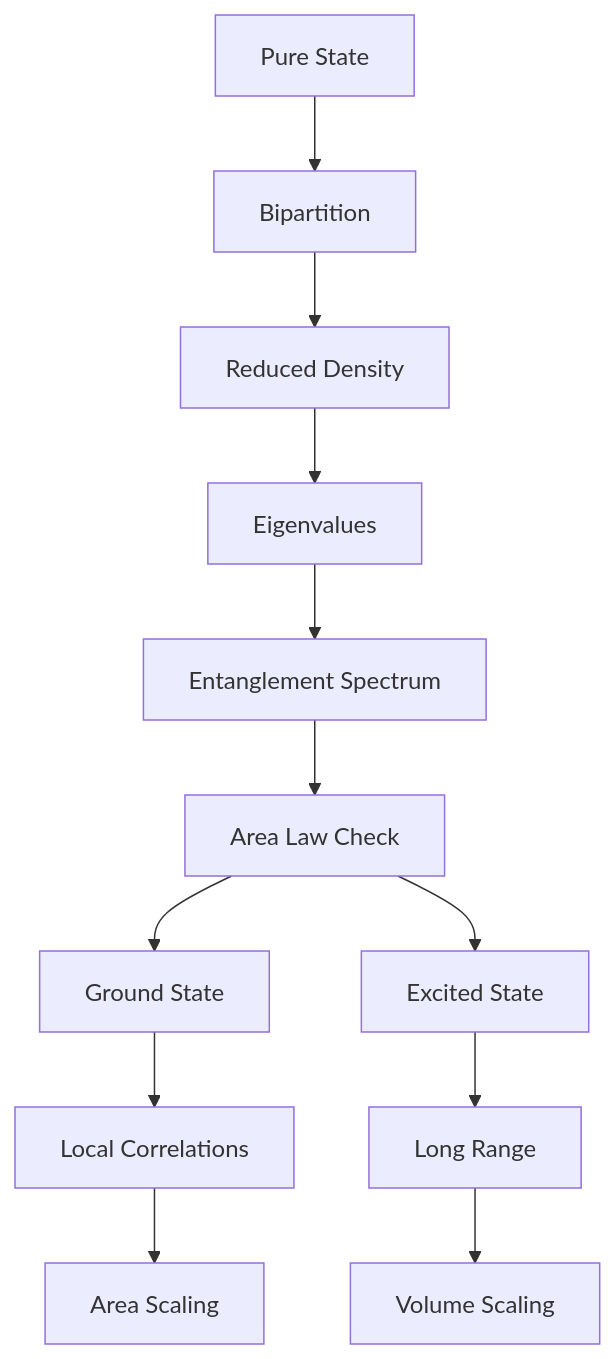
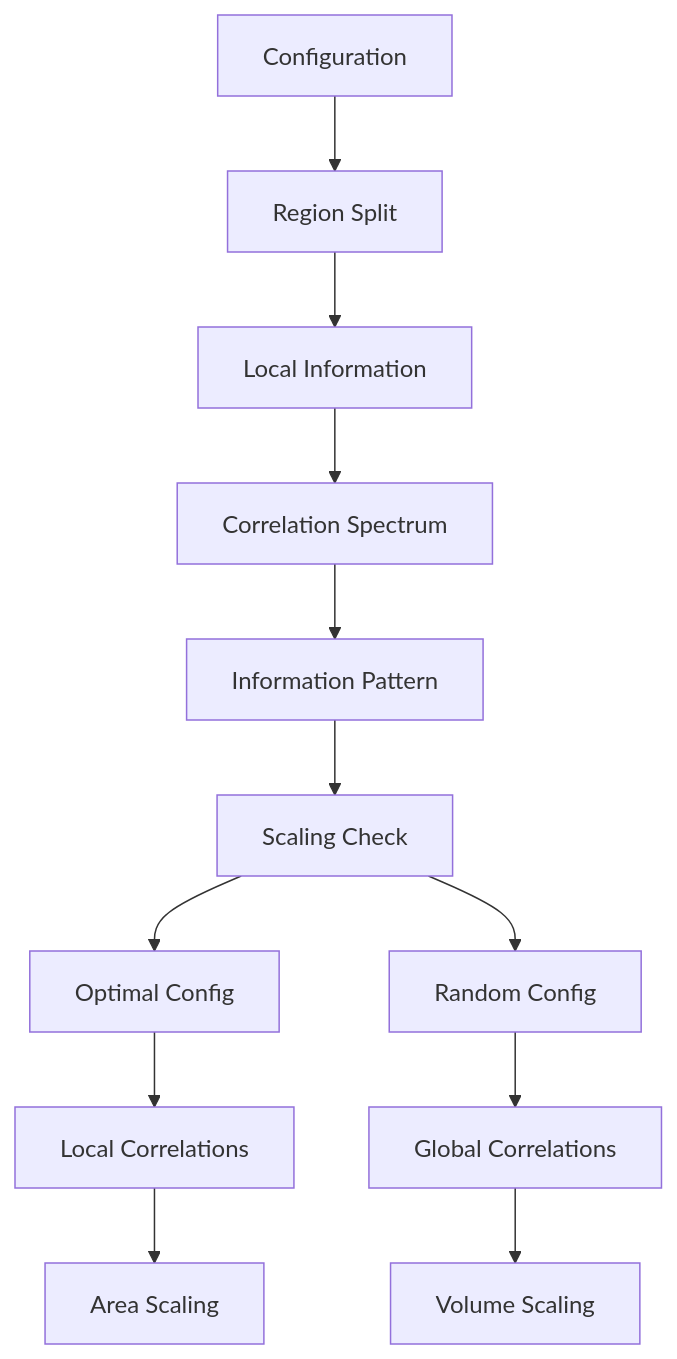
One commit to loning/the-phys changed the first of 2 diagrams in docs/psi-structum/book-1-collapse-ontology/part-04-quantum-gravity/chapter-054-entanglement-entropy-area.md. Above: the diagram before and after it, drawn with Mermaid. The commit also changed other lines of this file and 11 other files, not shown here.

````diff
--- a/docs/psi-structum/book-1-collapse-ontology/part-04-quantum-gravity/chapter-054-entanglement-entropy-area.md
+++ b/docs/psi-structum/book-1-collapse-ontology/part-04-quantum-gravity/chapter-054-entanglement-entropy-area.md
@@ -70,14 +78,14 @@
 ```mermaid
 graph TD
-    A[Pure State] --> B[Bipartition]
-    B --> C[Reduced Density]
-    C --> D[Eigenvalues]
-    D --> E[Entanglement Spectrum]
-    E --> F[Area Law Check]
-    F --> G[Ground State]
-    F --> H[Excited State]
+    A[Configuration] --> B[Region Split]
+    B --> C[Local Information]
+    C --> D[Correlation Spectrum]
+    D --> E[Information Pattern]
+    E --> F[Scaling Check]
+    F --> G[Optimal Config]
+    F --> H[Random Config]
     G --> I[Local Correlations]
-    H --> J[Long Range]
+    H --> J[Global Correlations]
     I --> K[Area Scaling]
     J --> L[Volume Scaling]
 ```
````
